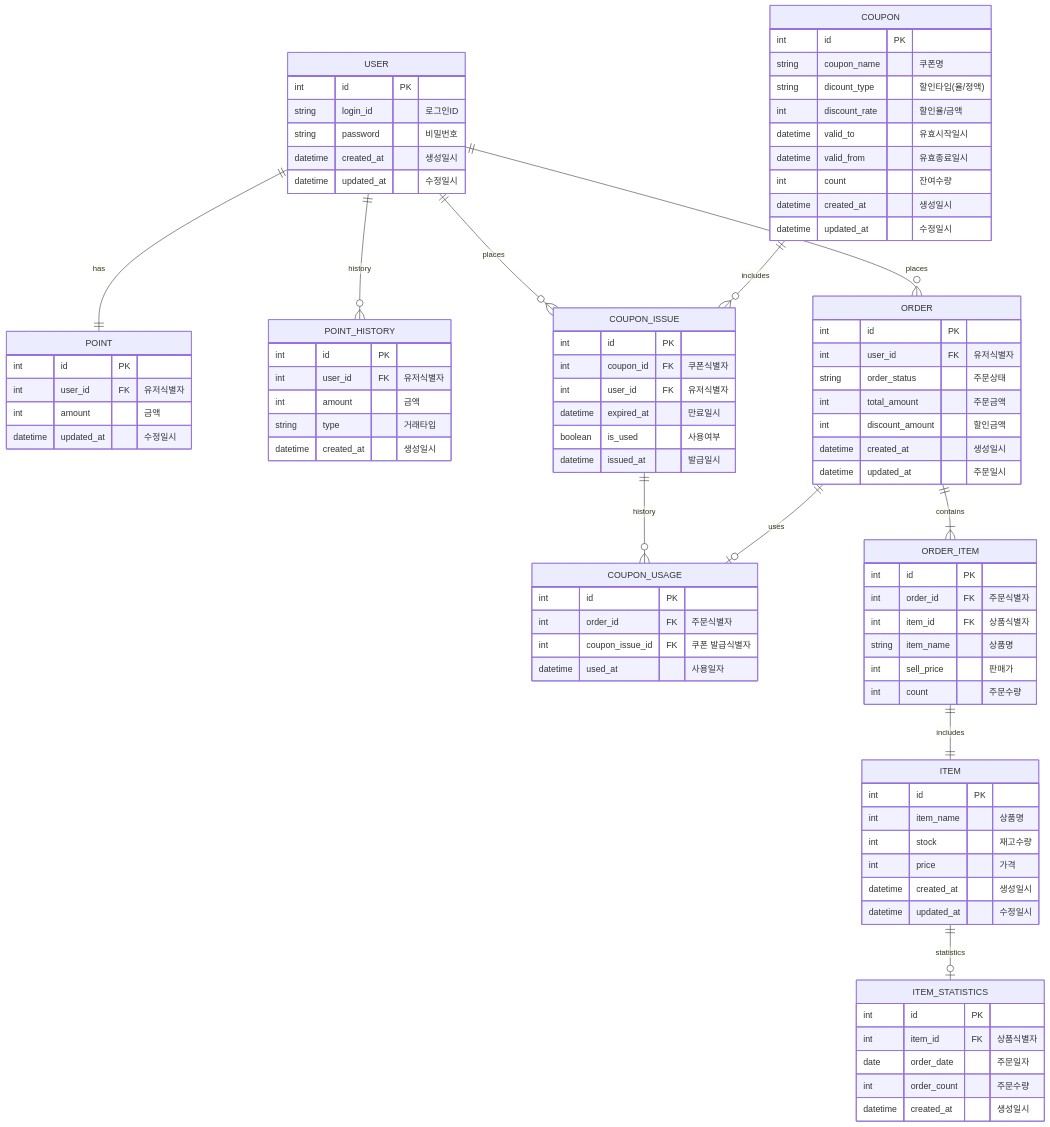
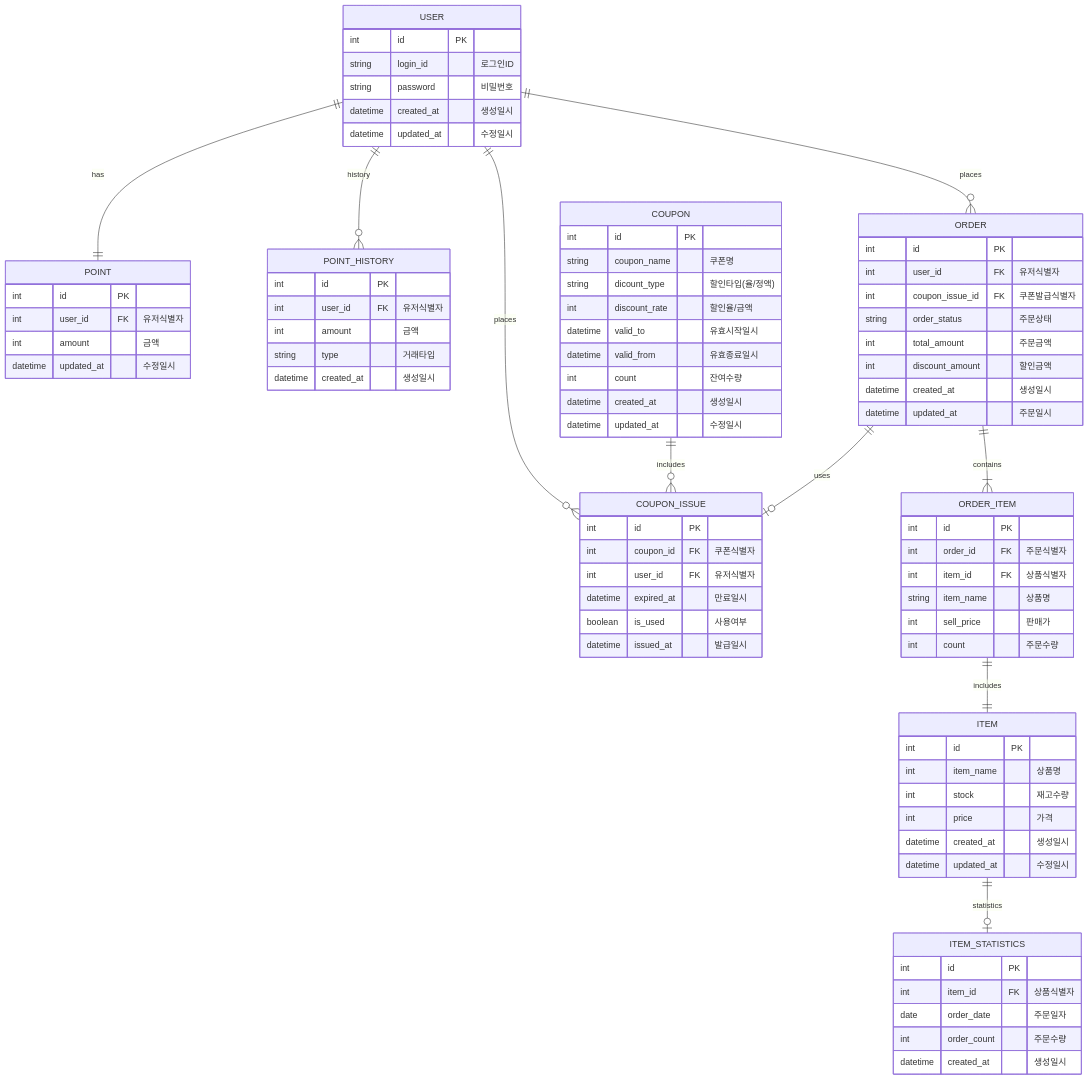
One commit to joona95/hhplus-ecommerce changed the diagram in docs/erd.md. Above: the diagram before and after it, drawn with Mermaid.

Commit message:
docs: ERD 문서 필요없는 테이블 제거

````diff
--- a/docs/erd.md
+++ b/docs/erd.md
@@ -7,8 +7,7 @@
     USER ||--o{ COUPON_ISSUE : places
     USER ||--o{ ORDER : places
     COUPON ||--o{ COUPON_ISSUE : includes
-    COUPON_ISSUE ||--o{ COUPON_USAGE : history
-    ORDER ||--o| COUPON_USAGE : uses
+    ORDER ||--o| COUPON_ISSUE : uses
     ORDER ||--|{ ORDER_ITEM : contains
     ORDER_ITEM ||--|| ITEM : includes
     ITEM ||--o| ITEM_STATISTICS : statistics
@@ -57,16 +56,10 @@
     datetime issued_at "발급일시"
 }
 
-COUPON_USAGE {
-    int id PK
-    int order_id FK "주문식별자"
-    int coupon_issue_id FK "쿠폰 발급식별자"
-    datetime used_at "사용일자"
-}
-
 ORDER {
     int id PK
     int user_id FK "유저식별자"
+    int coupon_issue_id FK "쿠폰발급식별자"
     string order_status "주문상태"
     int total_amount "주문금액"
     int discount_amount "할인금액"
@@ -99,5 +92,4 @@
     int order_count "주문수량"
     datetime created_at "생성일시"
 }
-
 ```
````
